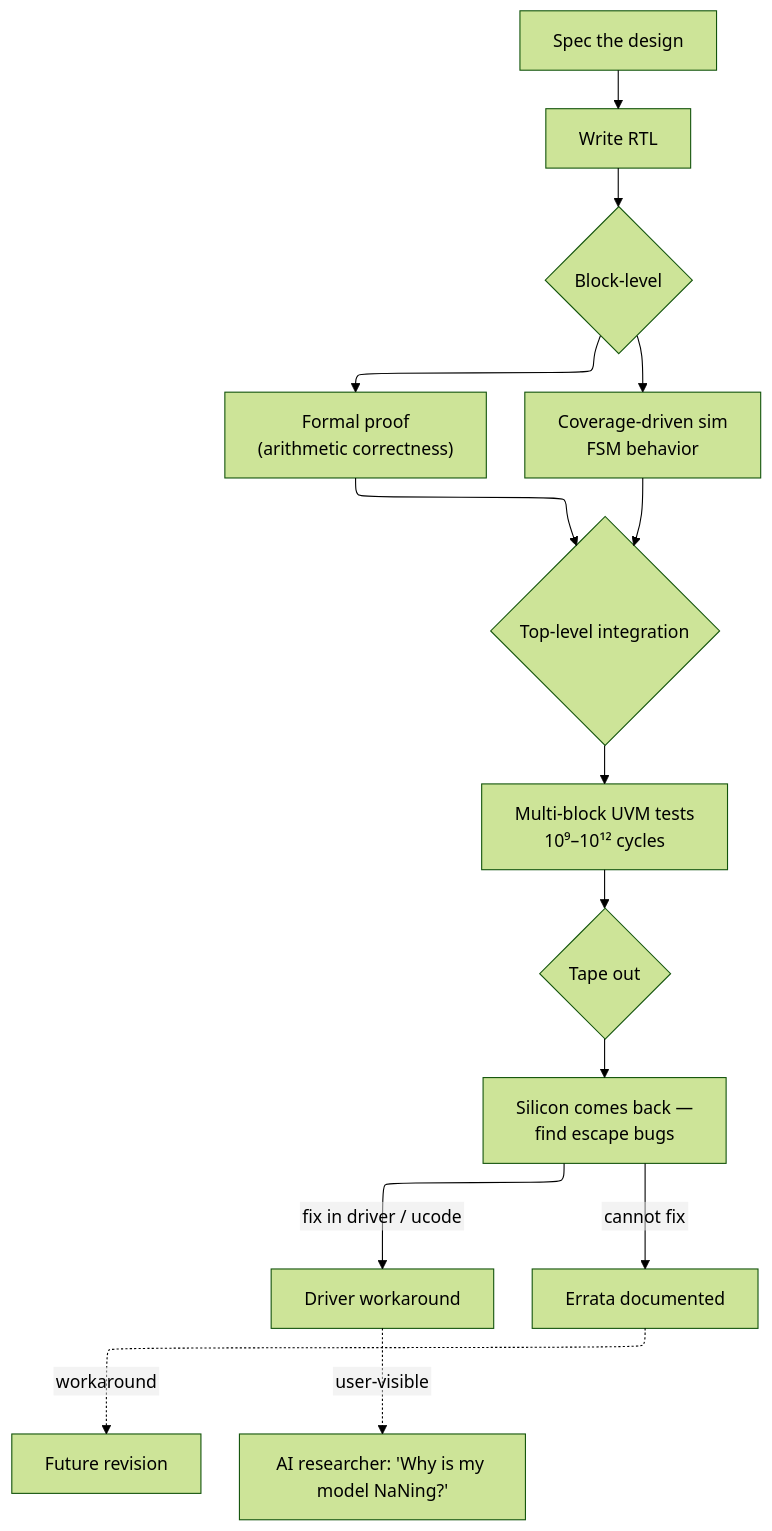
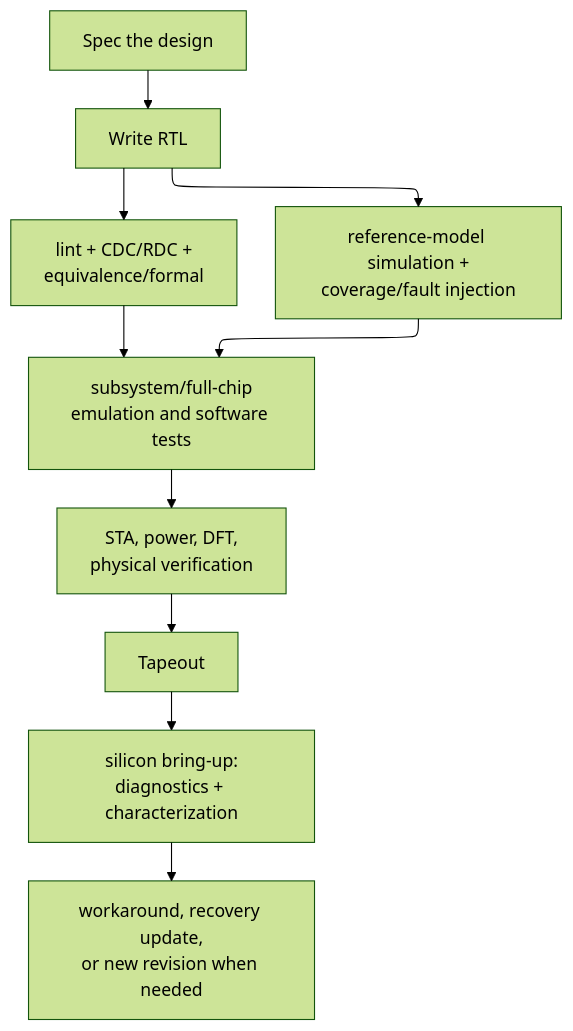
Diagram 16 of 18 in L2_Digital_Design_for_AI/04_Digital_Design_For_AI.md (Wty2003328/ai_infra_intro), drawn with Mermaid (forest theme) before and after one commit. The commit also changed other lines of this file and 3 other files, not shown here.

````diff
--- a/L2_Digital_Design_for_AI/04_Digital_Design_For_AI.md
+++ b/L2_Digital_Design_for_AI/04_Digital_Design_For_AI.md
@@ -1022,16 +1102,12 @@
 ```mermaid
 %%{init: {"flowchart": {"defaultRenderer": "elk", "nodeSpacing": 60, "rankSpacing": 60, "htmlLabels": false}}}%%
 flowchart TD
     A[Spec the design] --> B[Write RTL]
-    B --> C{Block-level}
-    C --> D["Formal proof<br/>(arithmetic correctness)"]
-    C --> E[Coverage-driven sim<br/>FSM behavior]
-    D & E --> F{Top-level integration}
-    F --> G[Multi-block UVM tests<br/>10⁹–10¹² cycles]
-    G --> H{Tape out}
-    H --> I["Silicon comes back —<br/>find escape bugs"]
-    I -->|fix in driver / ucode| J[Driver workaround]
-    I -->|cannot fix| K[Errata documented]
-    K -.workaround.-> L[Future revision]
-    J -.user-visible.-> M["AI researcher: 'Why is my model NaNing?'"]
+    B --> C["lint + CDC/RDC +<br/>equivalence/formal"]
+    B --> D["reference-model simulation +<br/>coverage/fault injection"]
+    C & D --> E["subsystem/full-chip<br/>emulation and software tests"]
+    E --> F["STA, power, DFT,<br/>physical verification"]
+    F --> G[Tapeout]
+    G --> H["silicon bring-up:<br/>diagnostics + characterization"]
+    H --> I["workaround, recovery update,<br/>or new revision when needed"]
 ```
````
